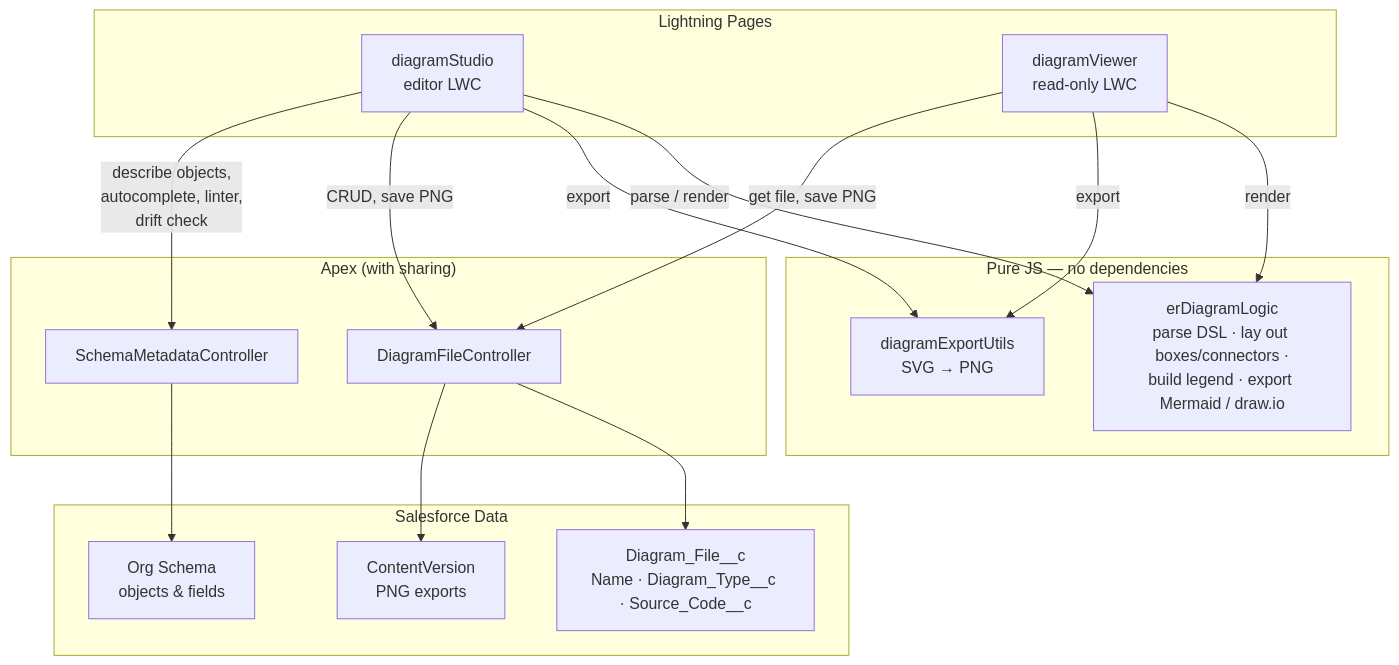
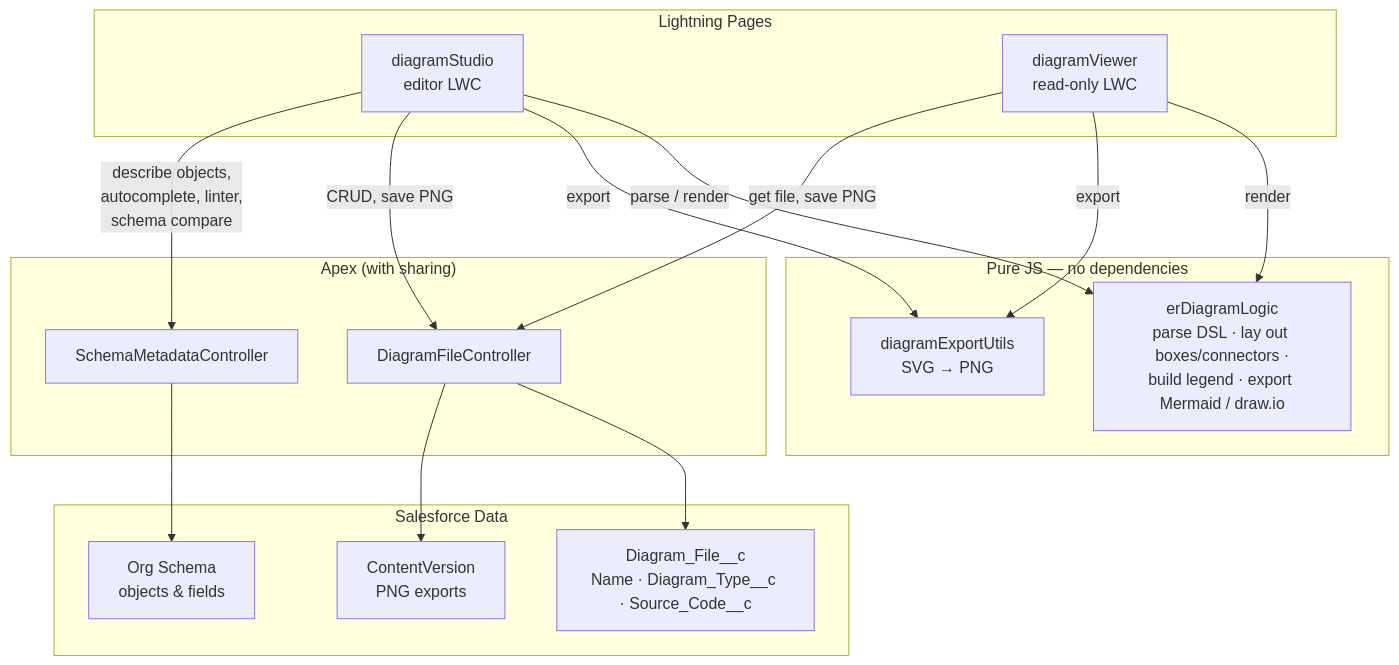
Before and after one commit to vikascohen/Salesforce-ER-Modeller-Studio: the diagram in README.md, drawn with Mermaid. The commit also changed other lines of this file and 3 other files, not shown here.

````diff
--- a/README.md
+++ b/README.md
@@ -107,36 +107,36 @@
 ```mermaid
 graph TD
     subgraph UI["Lightning Pages"]
         DS["diagramStudio<br/>editor LWC"]
         DV["diagramViewer<br/>read-only LWC"]
     end
 
     subgraph Logic["Pure JS — no dependencies"]
         ERL["erDiagramLogic<br/>parse DSL · lay out boxes/connectors ·<br/>build legend · export Mermaid / draw.io"]
         EXP["diagramExportUtils<br/>SVG → PNG"]
     end
 
     subgraph Apex["Apex (with sharing)"]
         DFC["DiagramFileController"]
         SMC["SchemaMetadataController"]
     end
 
     subgraph Data["Salesforce Data"]
         OBJ["Diagram_File__c<br/>Name · Diagram_Type__c · Source_Code__c"]
         FILES["ContentVersion<br/>PNG exports"]
         SCHEMA["Org Schema<br/>objects & fields"]
     end
 
     DS -- "parse / render" --> ERL
     DS -- "export" --> EXP
     DS -- "CRUD, save PNG" --> DFC
-    DS -- "describe objects,<br/>autocomplete, linter,<br/>drift check" --> SMC
+    DS -- "describe objects,<br/>autocomplete, linter,<br/>schema compare" --> SMC
 
     DV -- "render" --> ERL
     DV -- "export" --> EXP
     DV -- "get file, save PNG" --> DFC
 
     DFC --> OBJ
     DFC --> FILES
     SMC --> SCHEMA
 ```
````
